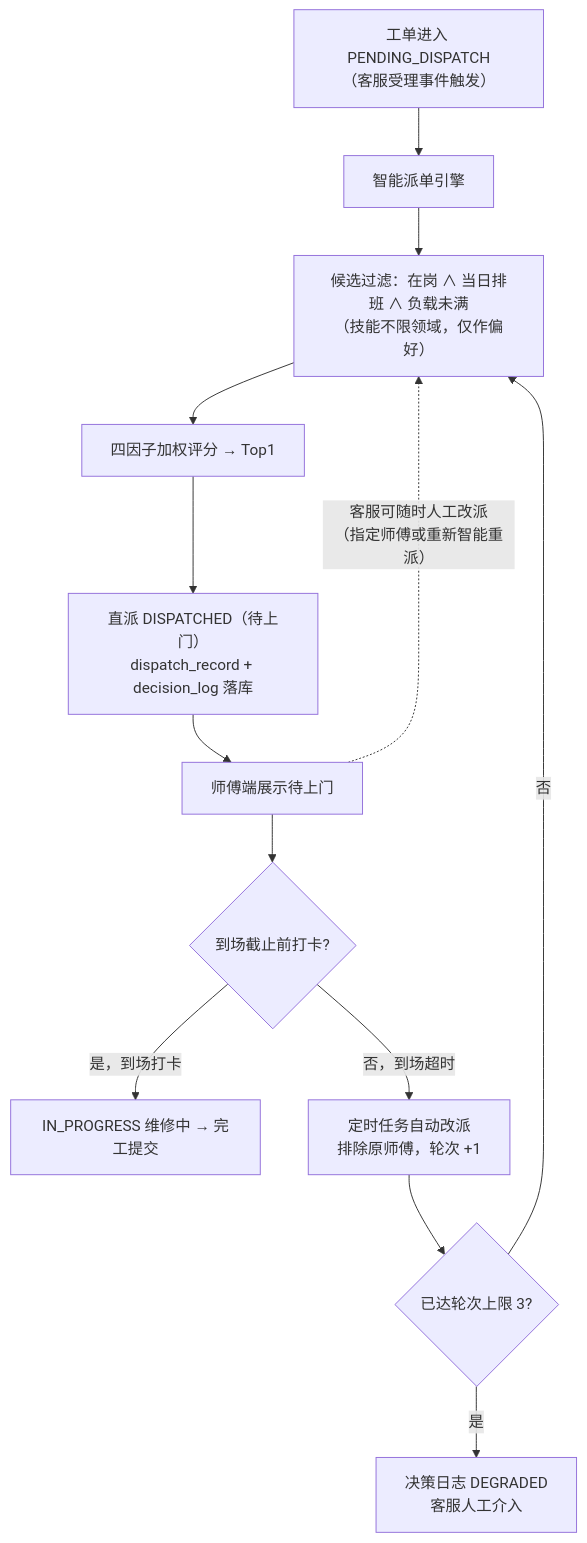
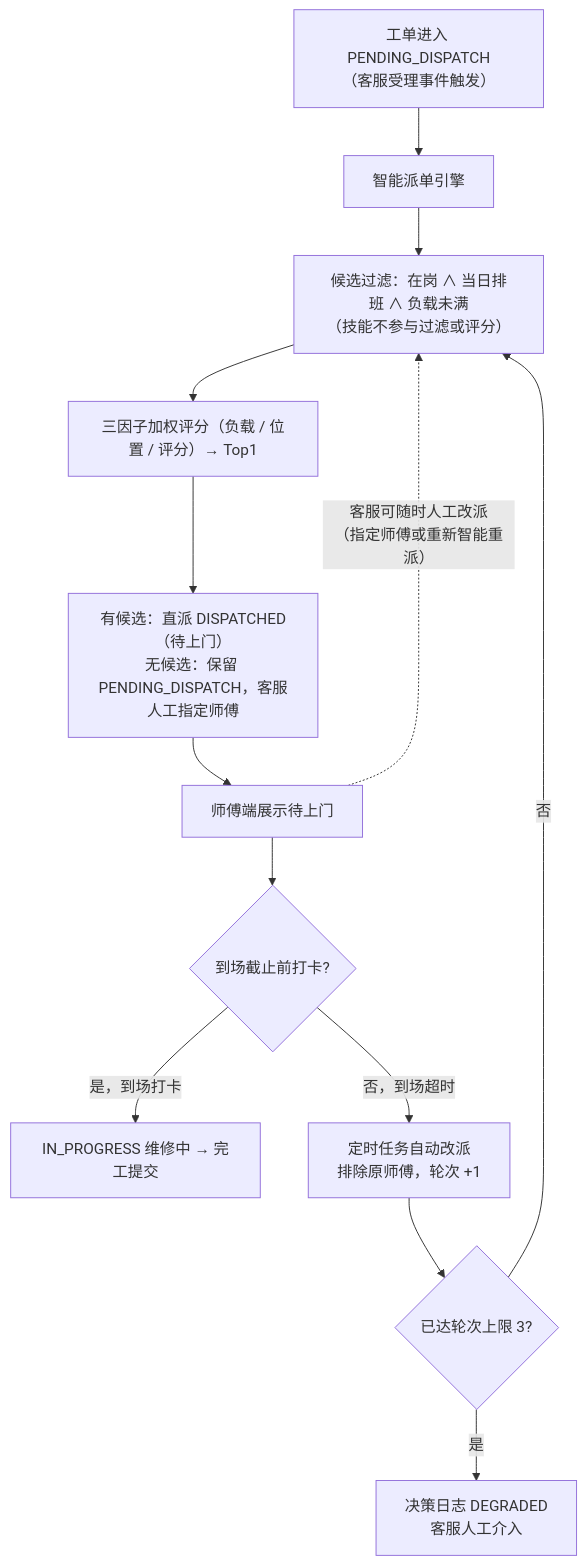
Before and after one commit to Zayu2005/WarrantyPro: the fifth of 7 diagrams in docs/03-业务流程分析.md, drawn with Mermaid. The commit also changed other lines of this file and 24 other files, not shown here.

````diff
--- a/docs/03-业务流程分析.md
+++ b/docs/03-业务流程分析.md
@@ -186,15 +186,15 @@
 ```mermaid
 flowchart TD
     A["工单进入 PENDING_DISPATCH<br/>（客服受理事件触发）"] --> B["智能派单引擎"]
-    B --> C["候选过滤：在岗 ∧ 当日排班 ∧ 负载未满<br/>（技能不限领域，仅作偏好）"]
-    C --> D["四因子加权评分 → Top1"]
-    D --> E["直派 DISPATCHED（待上门）<br/>dispatch_record + decision_log 落库"]
+    B --> C["候选过滤：在岗 ∧ 当日排班 ∧ 负载未满<br/>（技能不参与过滤或评分）"]
+    C --> D["三因子加权评分（负载 / 位置 / 评分）→ Top1"]
+    D --> E["有候选：直派 DISPATCHED（待上门）<br/>无候选：保留 PENDING_DISPATCH，客服人工指定师傅"]
     E --> F["师傅端展示待上门"]
     F --> G{"到场截止前打卡?"}
     G -- "是，到场打卡" --> H["IN_PROGRESS 维修中 → 完工提交"]
     G -- "否，到场超时" --> I["定时任务自动改派<br/>排除原师傅，轮次 +1"]
     I --> J{"已达轮次上限 3?"}
     J -- "否" --> C
     J -- "是" --> K["决策日志 DEGRADED<br/>客服人工介入"]
     F -. "客服可随时人工改派<br/>（指定师傅或重新智能重派）" .-> C
 ```
````
